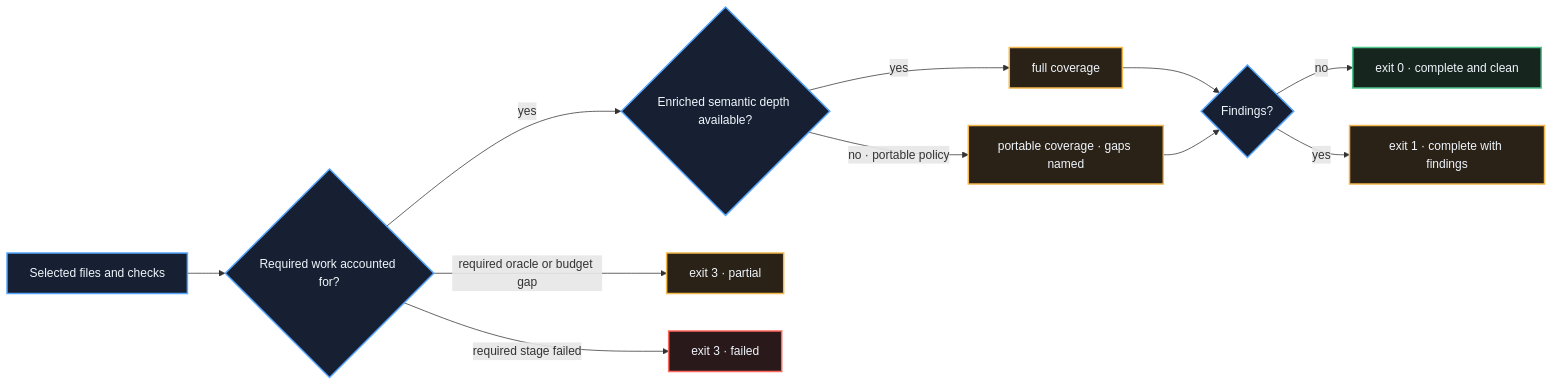
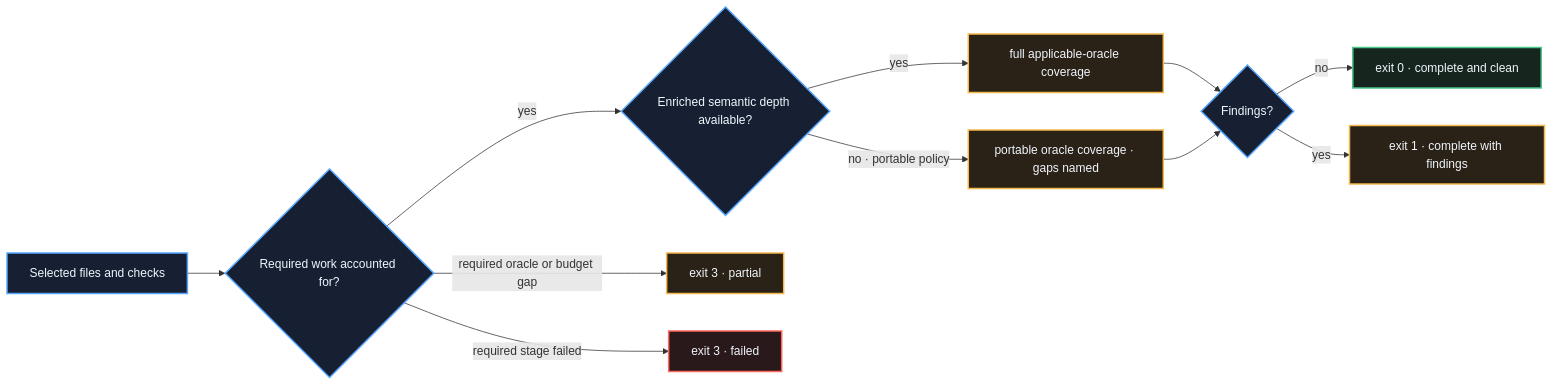
The second of 2 diagrams in README.md (xcrft/powershot), drawn with Mermaid before and after one commit. The commit also changed other lines of this file and 6 other files, not shown here.

````diff
--- a/README.md
+++ b/README.md
@@ -179,22 +179,22 @@
 ```mermaid
 flowchart LR
     START["Selected files and checks"] --> ACCOUNT{"Required work accounted for?"}
     ACCOUNT -- "yes" --> DEPTH{"Enriched semantic depth available?"}
-    DEPTH -- "yes" --> FULL["full coverage"]
-    DEPTH -- "no · portable policy" --> PORTABLE["portable coverage · gaps named"]
+    DEPTH -- "yes" --> FULL["full applicable-oracle coverage"]
+    DEPTH -- "no · portable policy" --> PORTABLE["portable oracle coverage · gaps named"]
     FULL --> FINDINGS{"Findings?"}
     PORTABLE --> FINDINGS
     FINDINGS -- "no" --> CLEAN["exit 0 · complete and clean"]
     FINDINGS -- "yes" --> FOUND["exit 1 · complete with findings"]
     ACCOUNT -- "required oracle or budget gap" --> PARTIAL["exit 3 · partial"]
     ACCOUNT -- "required stage failed" --> FAILED["exit 3 · failed"]
 
     classDef neutral fill:#172033,stroke:#57a6ff,color:#f0f6fc,stroke-width:2px
     classDef good fill:#17251f,stroke:#4ac58b,color:#f0f6fc,stroke-width:2px
     classDef warn fill:#2a2117,stroke:#f2b84b,color:#f0f6fc,stroke-width:2px
     classDef bad fill:#2a191b,stroke:#ff675c,color:#f0f6fc,stroke-width:2px
     class START,ACCOUNT,DEPTH,FINDINGS neutral
     class CLEAN good
     class FULL,PORTABLE,FOUND,PARTIAL warn
     class FAILED bad
 ```
````
